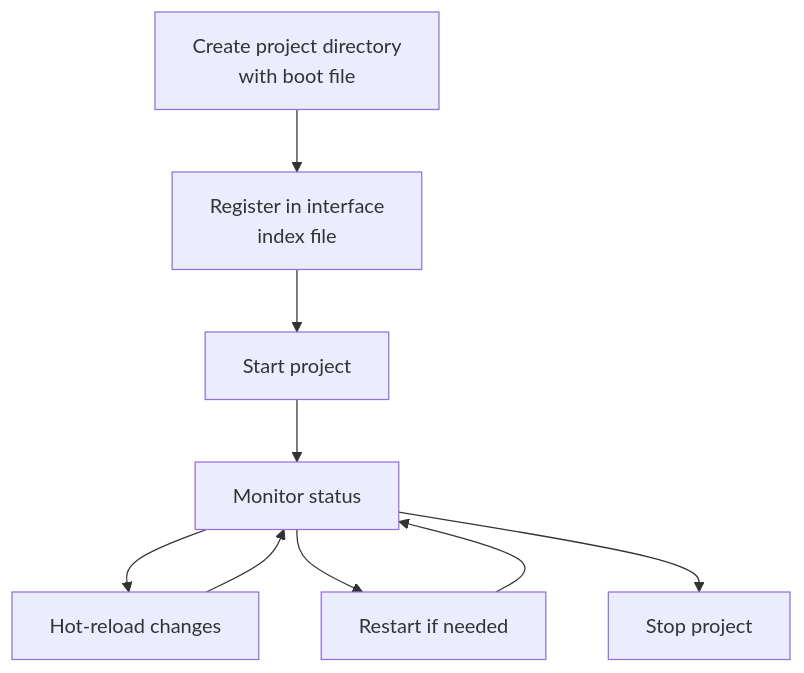
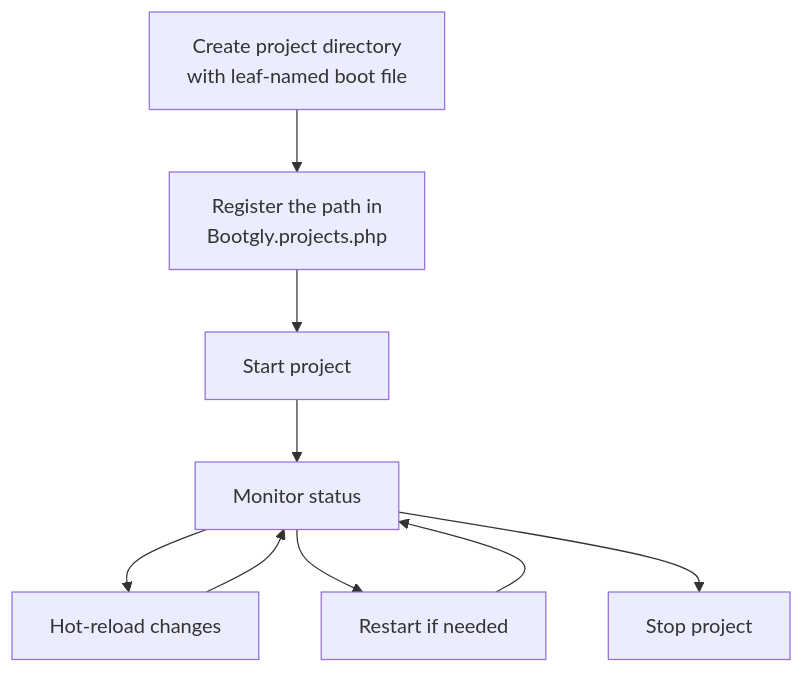
One commit to bootgly/bootgly_docs changed the second of 2 diagrams in src/pages/manual/Bootgly/essential/projects.overview.en-US.md. Above: the diagram before and after it, drawn with Mermaid. The commit also changed other lines of this file and 21 other files, not shown here.

First line of the commit message:
docs(projects): nested subprojects + Bootgly.projects.php registry

````diff
--- a/src/pages/manual/Bootgly/essential/projects.overview.en-US.md
+++ b/src/pages/manual/Bootgly/essential/projects.overview.en-US.md
@@ -248,11 +219,11 @@
 ```mermaid
 graph TB
-  Create["Create project directory\nwith boot file"] --> Register["Register in interface\nindex file"]
+  Create["Create project directory\nwith leaf-named boot file"] --> Register["Register the path in\nBootgly.projects.php"]
   Register --> Start["Start project"]
   Start --> Show["Monitor status"]
   Show --> Reload["Hot-reload changes"]
   Reload --> Show
   Show --> Restart["Restart if needed"]
   Restart --> Show
   Show --> Stop["Stop project"]
 ```
````
